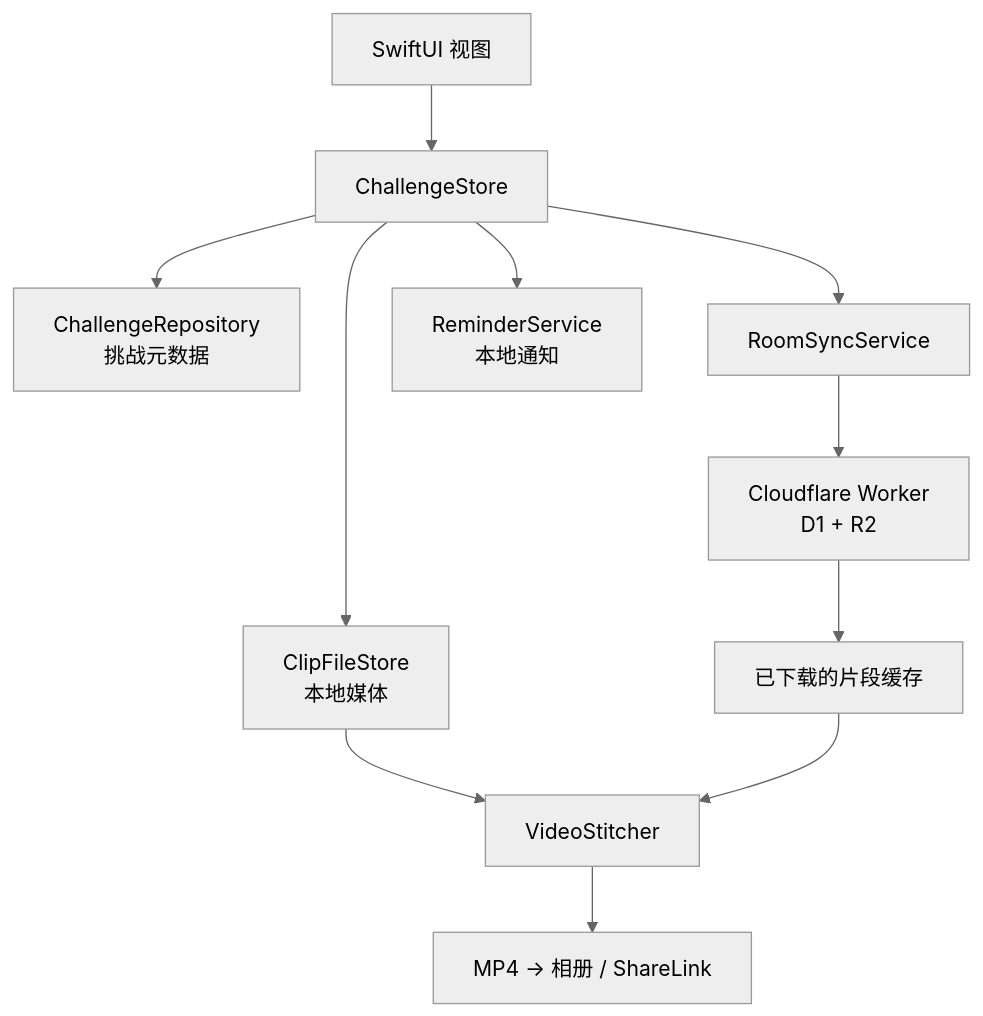
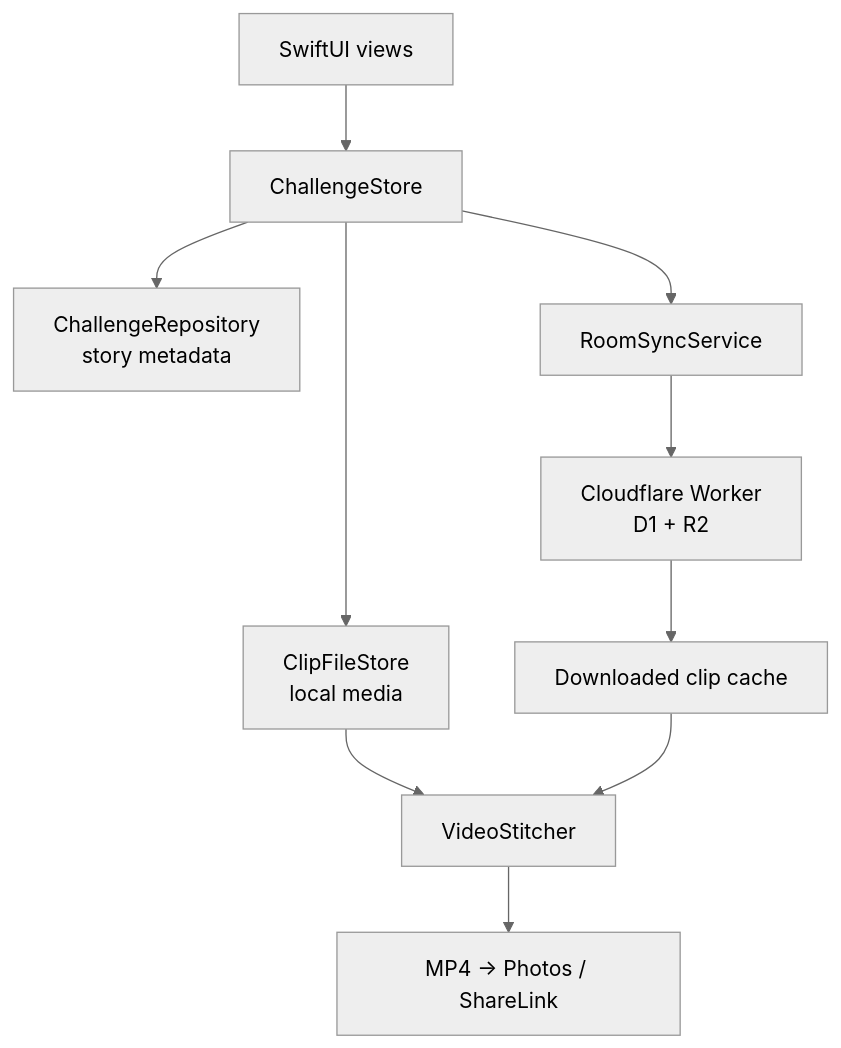
One commit to cassieliang6709/1day-ios changed the diagram in README.zh-CN.md. Above: the diagram before and after it, drawn with Mermaid (neutral theme). The commit also changed other lines of this file and 1 other file, not shown here.

````diff
--- a/README.zh-CN.md
+++ b/README.zh-CN.md
@@ -79,13 +44,12 @@
 ```mermaid
 flowchart TD
-    Views["SwiftUI 视图"] --> Store["ChallengeStore"]
-    Store --> Repo["ChallengeRepository<br/>挑战元数据"]
-    Store --> Files["ClipFileStore<br/>本地媒体"]
+    Views["SwiftUI views"] --> Store["ChallengeStore"]
+    Store --> Repo["ChallengeRepository<br/>story metadata"]
+    Store --> Files["ClipFileStore<br/>local media"]
     Store --> Sync["RoomSyncService"]
     Sync --> Cloud["Cloudflare Worker<br/>D1 + R2"]
-    Store --> Reminder["ReminderService<br/>本地通知"]
     Files --> Stitcher["VideoStitcher"]
-    Cloud --> Cache["已下载的片段缓存"]
+    Cloud --> Cache["Downloaded clip cache"]
     Cache --> Stitcher
-    Stitcher --> Film["MP4 → 相册 / ShareLink"]
+    Stitcher --> Film["MP4 → Photos / ShareLink"]
 ```
````
